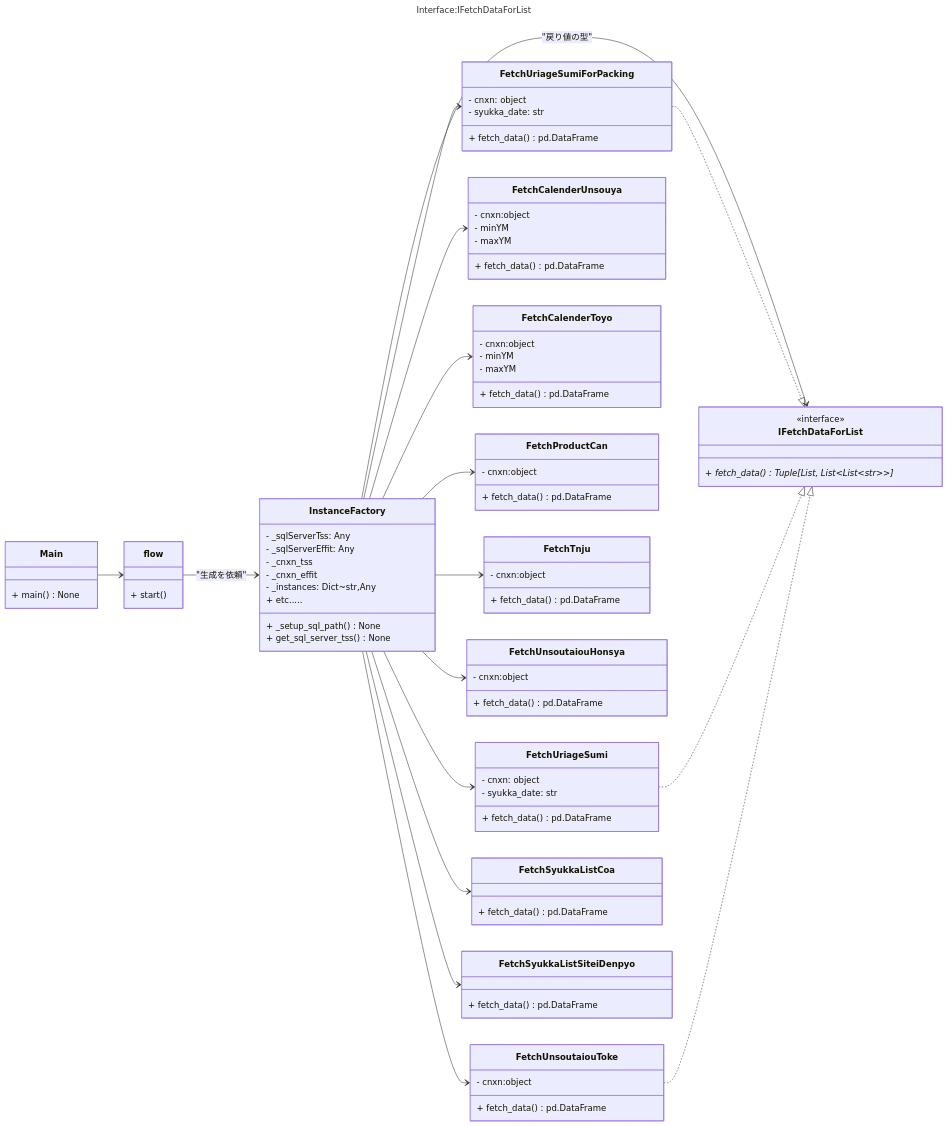
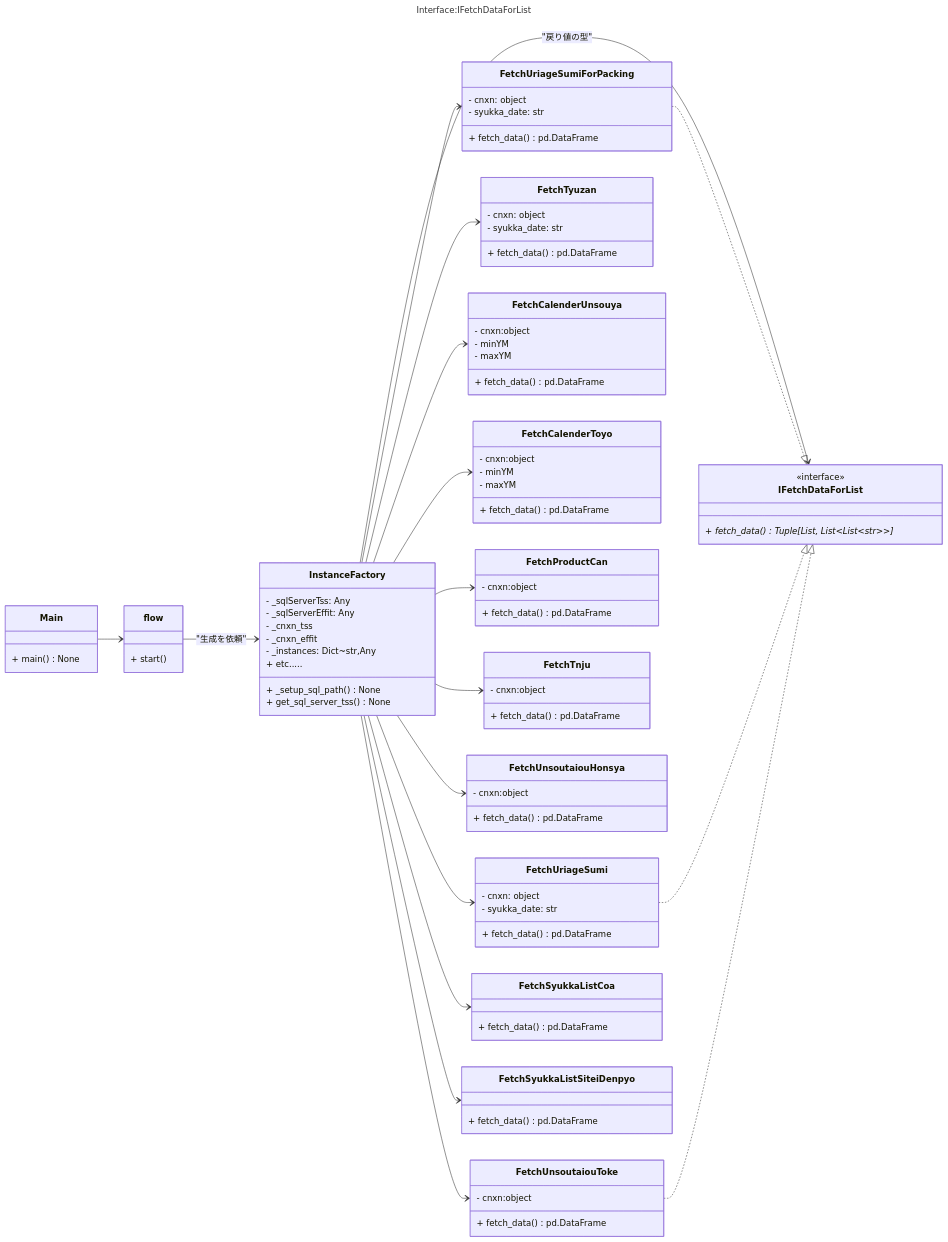
Before and after one commit to ogashira/tss_syukka: the first of 2 diagrams in tss_syukka.md, drawn with Mermaid. The commit also changed other lines of this file and 10 other files, not shown here.

```diff
--- a/tss_syukka.md
+++ b/tss_syukka.md
@@ -50,6 +87,11 @@
     + fetch_data()pd.DataFrame
 }
 class FetchUriageSumi{
+    - cnxn: object
+    - syukka_date: str
+    + fetch_data()pd.DataFrame
+}
+class FetchTyuzan{
     - cnxn: object
     - syukka_date: str
     + fetch_data()pd.DataFrame
@@ -94,6 +136,7 @@
 InstanceFactory --> IFetchDataForList : "戻り値の型"
 InstanceFactory --> FetchUriageSumiForPacking
 InstanceFactory --> FetchUriageSumi
+InstanceFactory --> FetchTyuzan
 InstanceFactory --> FetchCalenderUnsouya
 InstanceFactory --> FetchCalenderToyo
 InstanceFactory --> FetchProductCan
```
